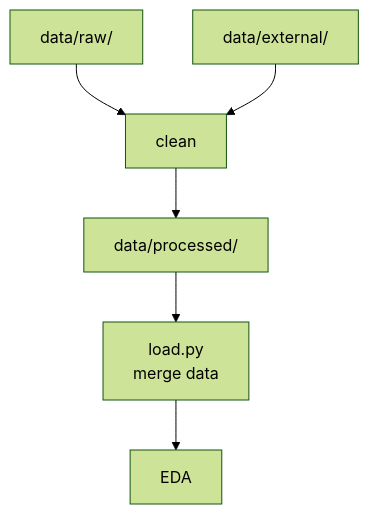
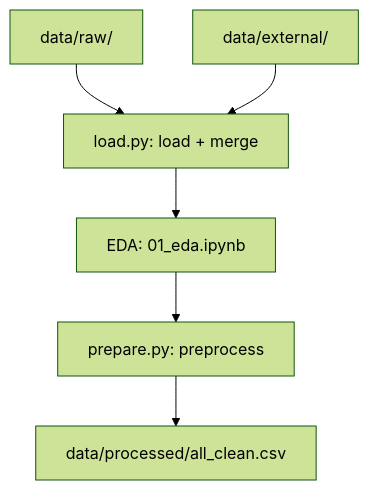
The diagram in docs/data.md (curseofuselessness/moderator-tg-bot), drawn with Mermaid (forest theme) before and after one commit.

Commit message:
docs(data.md) : upd data plan

````diff
--- a/docs/data.md
+++ b/docs/data.md
@@ -26,12 +26,12 @@
 ```mermaid
 flowchart TD
-    raw[data/raw/] --> clean
-    ext[data/external/] --> clean
+    raw[data/raw/] --> load
+    ext[data/external/] --> load
 
-    clean[clean] --> all_clean
-    all_clean[data/processed/] --> merge
-    merge[load.py <br> merge data] --> eda
-    eda[EDA]
+    load[load.py: load + merge] --> eda
+    eda[EDA: 01_eda.ipynb] --> prepare
 
+    prepare[prepare.py: preprocess] --> all_clean
+    all_clean[data/processed/all_clean.csv]
 
 ```
````
